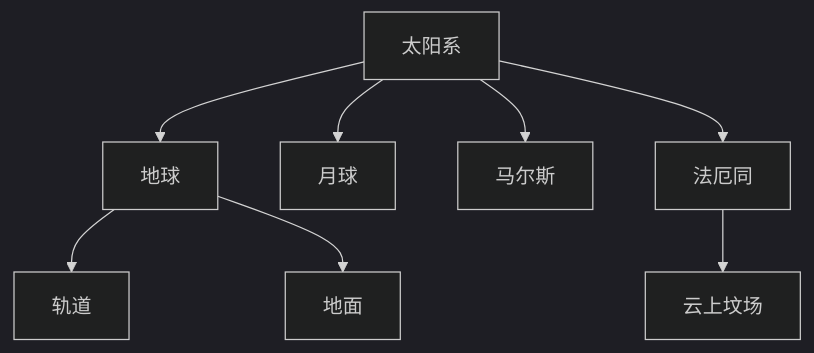
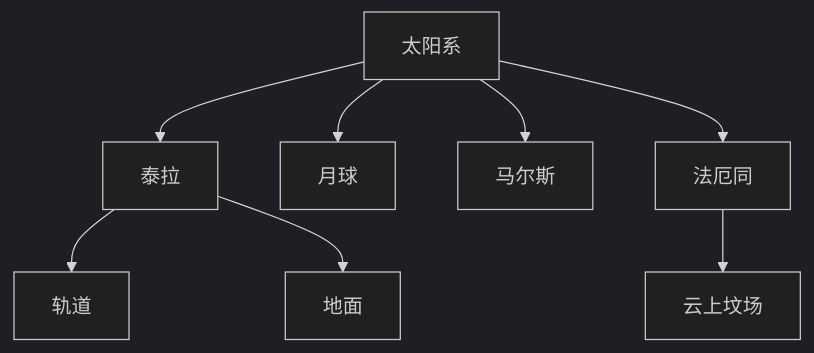
The diagram in 总世界线.md (Estrella6066773/WorldCreate), drawn with Mermaid (dark theme) before and after one commit. The commit also changed other lines of this file and 105 other files, not shown here.

````diff
--- a/总世界线.md
+++ b/总世界线.md
@@ -34,10 +38,10 @@
 ```mermaid
 flowchart TB
-  太阳系 --> 地球
+  太阳系 --> 泰拉
   太阳系 --> 月球
   太阳系 --> 马尔斯
   太阳系 --> 法厄同
-  地球 --> 轨道
-  地球 --> 地面
+  泰拉 --> 轨道
+  泰拉 --> 地面
   法厄同 --> 云上坟场
 ```
````
